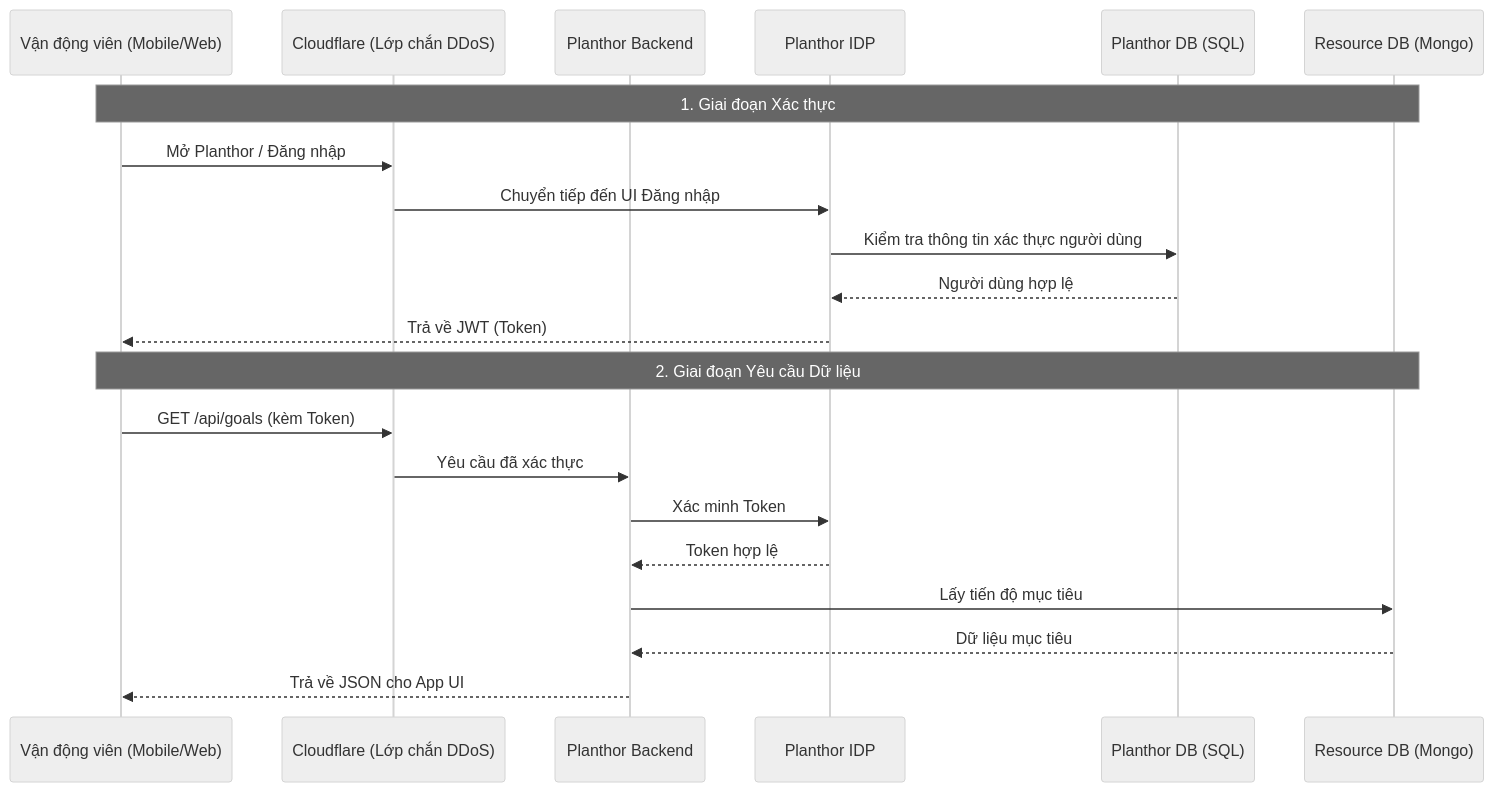
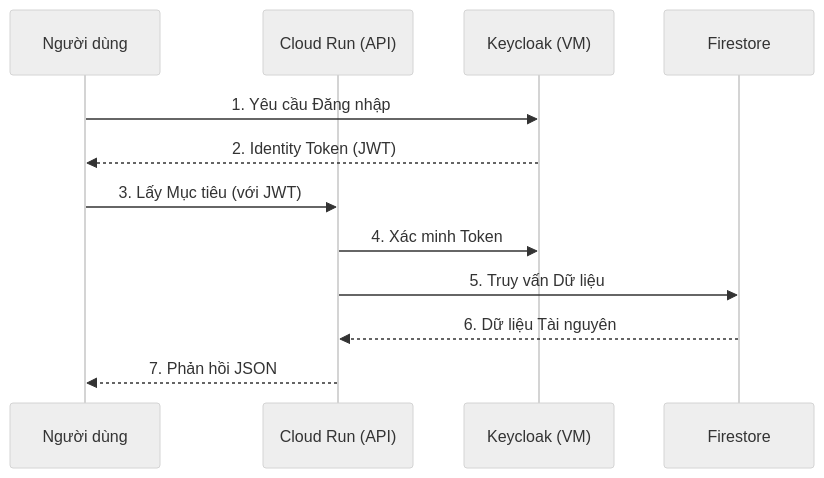
One commit to Planthor/planthor-documentation changed the fourth of 4 diagrams in i18n/vi/docusaurus-plugin-content-docs/current/devops.md. Above: the diagram before and after it, drawn with Mermaid (neutral theme). The commit also changed other lines of this file and 5 other files, not shown here.

````diff
--- a/i18n/vi/docusaurus-plugin-content-docs/current/devops.md
+++ b/i18n/vi/docusaurus-plugin-content-docs/current/devops.md
@@ -143,25 +196,15 @@
 ```mermaid
 sequenceDiagram
-    participant U as Vận động viên (Mobile/Web)
-    participant CF as Cloudflare (Lớp chắn DDoS)
-    participant BE as Planthor Backend
-    participant IDP as Planthor IDP
-    participant DB as Planthor DB (SQL)
-    participant MDB as Resource DB (Mongo)
+    participant U as Người dùng
+    participant CR as Cloud Run (API)
+    participant KC as Keycloak (VM)
+    participant FS as Firestore
 
-    Note over U, MDB: 1. Giai đoạn Xác thực
-    U->>CF: Mở Planthor / Đăng nhập
-    CF->>IDP: Chuyển tiếp đến UI Đăng nhập
-    IDP->>DB: Kiểm tra thông tin xác thực người dùng
-    DB-->>IDP: Người dùng hợp lệ
-    IDP-->>U: Trả về JWT (Token)
-
-    Note over U, MDB: 2. Giai đoạn Yêu cầu Dữ liệu
-    U->>CF: GET /api/goals (kèm Token)
-    CF->>BE: Yêu cầu đã xác thực
-    BE->>IDP: Xác minh Token
-    IDP-->>BE: Token hợp lệ
-    BE->>MDB: Lấy tiến độ mục tiêu
-    MDB-->>BE: Dữ liệu mục tiêu
-    BE-->>U: Trả về JSON cho App UI
+    U->>KC: 1. Yêu cầu Đăng nhập
+    KC-->>U: 2. Identity Token (JWT)
+    U->>CR: 3. Lấy Mục tiêu (với JWT)
+    CR->>KC: 4. Xác minh Token
+    CR->>FS: 5. Truy vấn Dữ liệu
+    FS-->>CR: 6. Dữ liệu Tài nguyên
+    CR-->>U: 7. Phản hồi JSON
 ```
````
